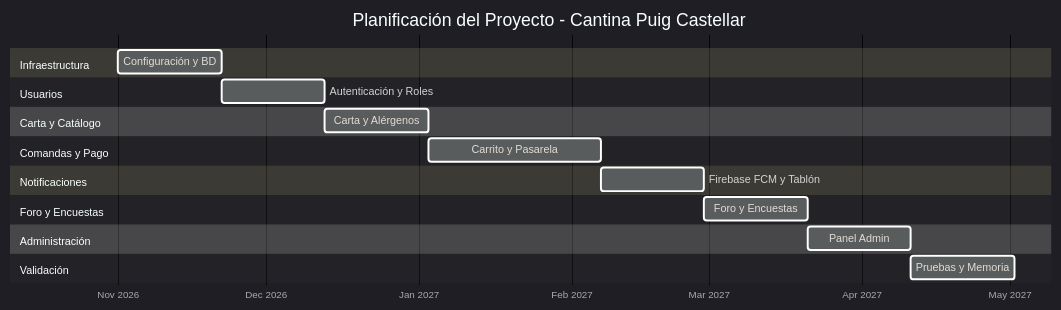
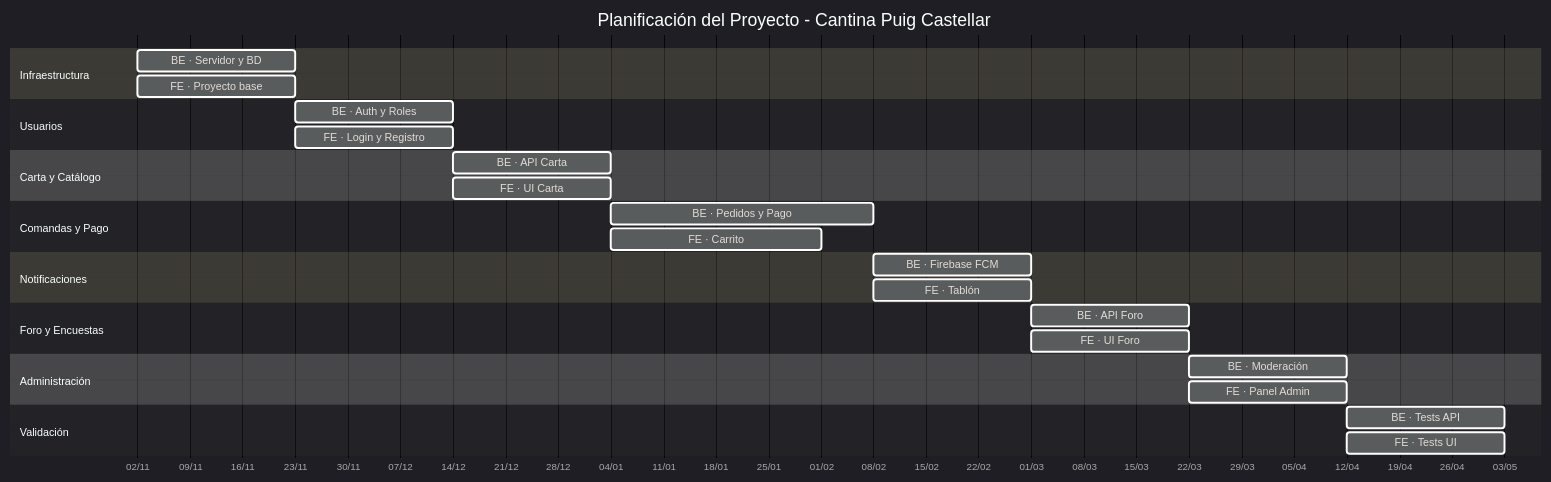
One commit to jmperez321/Cantinapp changed the diagram in docs/gant.mmd. Above: the diagram before and after it, drawn with Mermaid.

Commit message:
fix: quitar la memoria del Gantt por ser una tarea continua y dividir Gantt por semanas y separar tareas de backend y frontend.

```diff
--- a/docs/gant.mmd
+++ b/docs/gant.mmd
@@ -1,29 +1,39 @@
-%%{init: {'theme': 'dark', 'gantt': {'fontSize': 11, 'barHeight': 24, 'barGap': 6, 'topPadding': 50, 'leftPadding': 110}}}%%
+%%{init: {'theme': 'dark', 'gantt': {'fontSize': 11, 'barHeight': 22, 'barGap': 4, 'topPadding': 50, 'leftPadding': 130, 'useWidth': 1600}}}%%
 gantt
     title Planificación del Proyecto - Cantina Puig Castellar
     dateFormat  YYYY-MM-DD
-    axisFormat  %b %Y
+    axisFormat  %d/%m
+    tickInterval 1week
+    weekday monday
 
     section Infraestructura
-        Configuración y BD            :b1, 2026-11-01, 21d
+        BE · Servidor y BD            :i_b, 2026-11-02, 21d
+        FE · Proyecto base            :i_f, 2026-11-02, 21d
 
     section Usuarios
-        Autenticación y Roles         :b2, after b1, 21d
+        BE · Auth y Roles             :u_b, after i_b i_f, 21d
+        FE · Login y Registro         :u_f, after i_b i_f, 21d
 
     section Carta y Catálogo
-        Carta y Alérgenos             :b3, after b2, 21d
+        BE · API Carta                :c_b, after u_b u_f, 21d
+        FE · UI Carta                 :c_f, after u_b u_f, 21d
 
     section Comandas y Pago
-        Carrito y Pasarela            :b4, after b3, 35d
+        BE · Pedidos y Pago           :p_b, after c_b c_f, 35d
+        FE · Carrito                  :p_f, after c_b c_f, 28d
 
     section Notificaciones
-        Firebase FCM y Tablón         :b5, after b4, 21d
+        BE · Firebase FCM             :n_b, after p_b p_f, 21d
+        FE · Tablón                   :n_f, after p_b p_f, 21d
 
     section Foro y Encuestas
-        Foro y Encuestas              :b6, after b5, 21d
+        BE · API Foro                 :f_b, after n_b n_f, 21d
+        FE · UI Foro                  :f_f, after n_b n_f, 21d
 
     section Administración
-        Panel Admin                   :b7, after b6, 21d
+        BE · Moderación               :a_b, after f_b f_f, 21d
+        FE · Panel Admin              :a_f, after f_b f_f, 21d
 
     section Validación
-        Pruebas y Memoria             :b8, after b7, 21d
+        BE · Tests API                :v_b, after a_b a_f, 21d
+        FE · Tests UI                 :v_f, after a_b a_f, 21d
```
